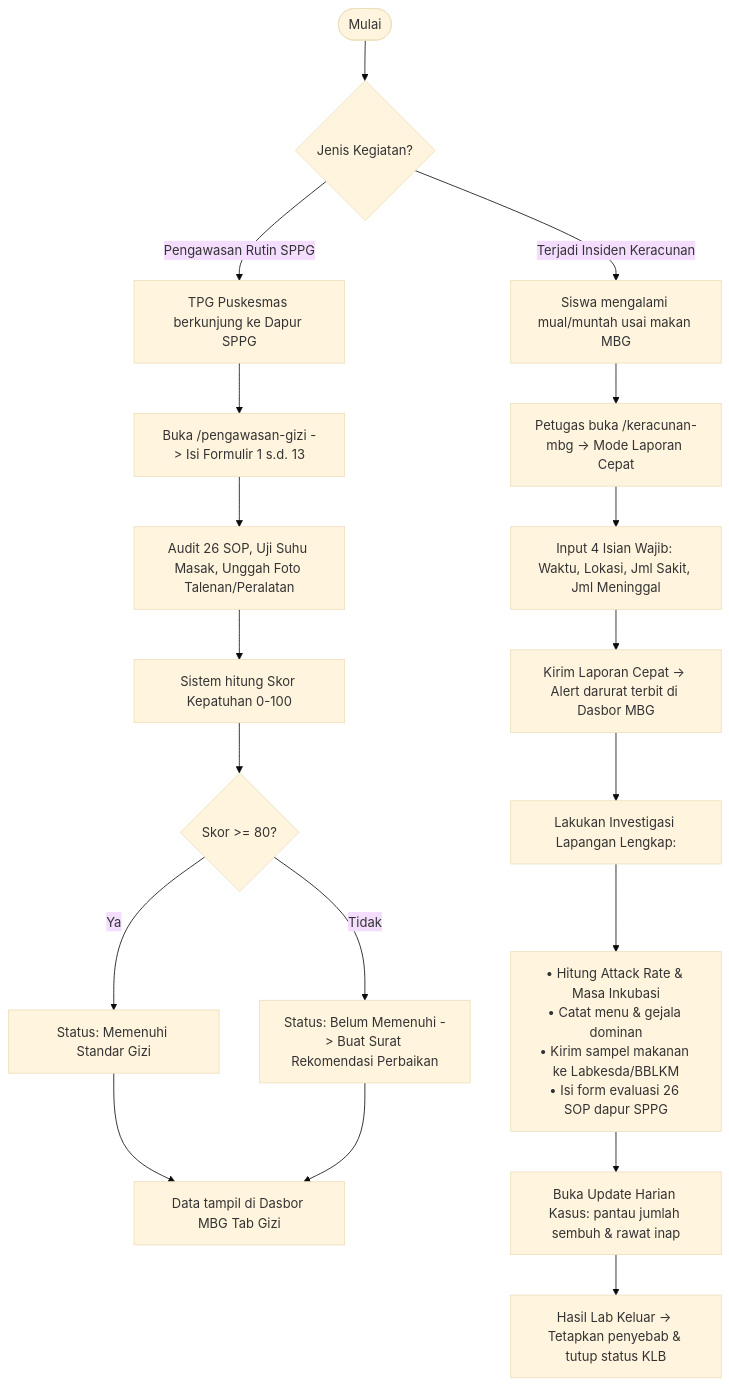
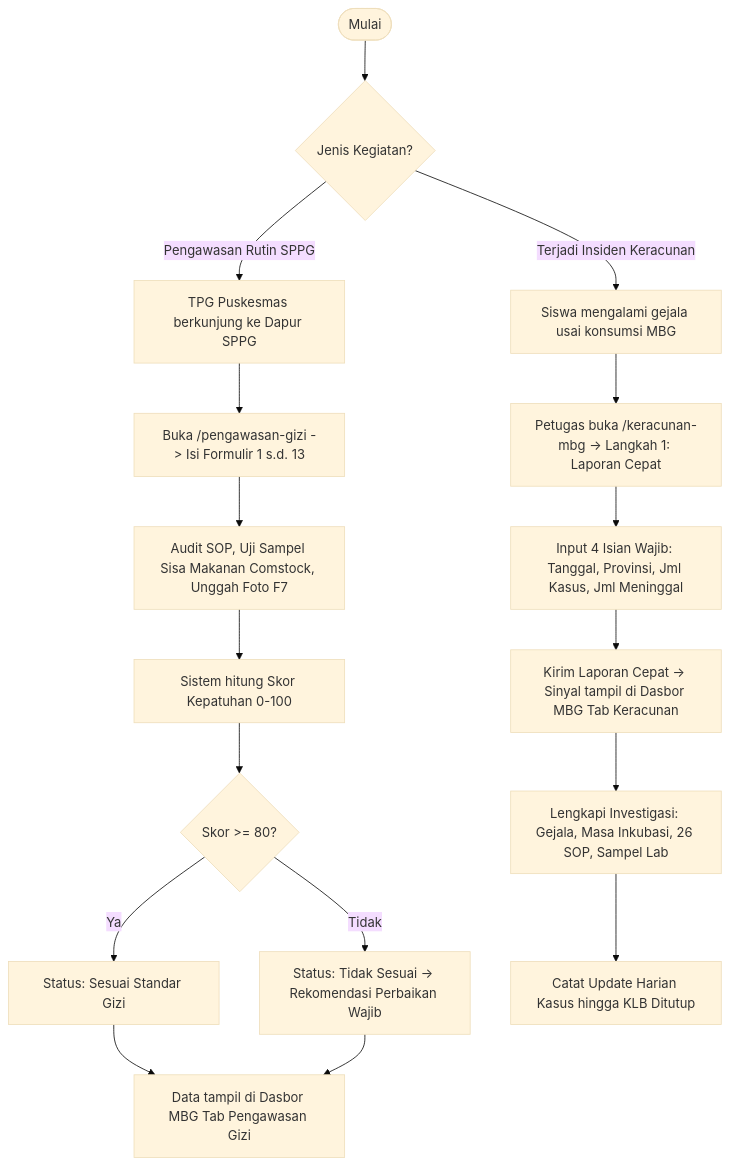
One commit to cuatiawww/skdr-indonesia changed the tenth of 12 diagrams in docs/BRD_SRS_FITUR_FORM_DAN_DASBOR.md. Above: the diagram before and after it, drawn with Mermaid (base theme). The commit also changed other lines of this file and 2 other files, not shown here.

Commit message:
docs(brd-srs): update BRD/SRS documentation to v1.1 matching current pages and spatial TV mode (PR 051)

````diff
--- a/docs/BRD_SRS_FITUR_FORM_DAN_DASBOR.md
+++ b/docs/BRD_SRS_FITUR_FORM_DAN_DASBOR.md
@@ -436,24 +458,20 @@
 ```mermaid
 flowchart TD
     Start([Mulai]) --> RoutineCheck{Jenis Kegiatan?}
     
-    %% Cabang Pengawasan Rutin
     RoutineCheck -- Pengawasan Rutin SPPG --> P1[TPG Puskesmas berkunjung ke Dapur SPPG]
     P1 --> P2[Buka /pengawasan-gizi -> Isi Formulir 1 s.d. 13]
-    P2 --> P3[Audit 26 SOP, Uji Suhu Masak, Unggah Foto Talenan/Peralatan]
+    P2 --> P3[Audit SOP, Uji Sampel Sisa Makanan Comstock, Unggah Foto F7]
     P3 --> P4[Sistem hitung Skor Kepatuhan 0-100]
     P4 --> P5{Skor >= 80?}
-    P5 -- Ya --> P6[Status: Memenuhi Standar Gizi]
-    P5 -- Tidak --> P7[Status: Belum Memenuhi -> Buat Surat Rekomendasi Perbaikan]
-    P6 & P7 --> P8[Data tampil di Dasbor MBG Tab Gizi]
+    P5 -- Ya --> P6[Status: Sesuai Standar Gizi]
+    P5 -- Tidak --> P7[Status: Tidak Sesuai -> Rekomendasi Perbaikan Wajib]
+    P6 & P7 --> P8[Data tampil di Dasbor MBG Tab Pengawasan Gizi]
     
-    %% Cabang Insiden Keracunan
-    RoutineCheck -- Terjadi Insiden Keracunan --> K1[Siswa mengalami mual/muntah usai makan MBG]
-    K1 --> K2[Petugas buka /keracunan-mbg -> Mode Laporan Cepat]
-    K2 --> K3[Input 4 Isian Wajib: Waktu, Lokasi, Jml Sakit, Jml Meninggal]
-    K3 --> K4[Kirim Laporan Cepat -> Alert darurat terbit di Dasbor MBG]
-    K4 --> K5[Lakukan Investigasi Lapangan Lengkap:]
-    K5 --> K5a[• Hitung Attack Rate & Masa Inkubasi\n• Catat menu & gejala dominan\n• Kirim sampel makanan ke Labkesda/BBLKM\n• Isi form evaluasi 26 SOP dapur SPPG]
-    K5a --> K6[Buka Update Harian Kasus: pantau jumlah sembuh & rawat inap]
-    K6 --> K7[Hasil Lab Keluar -> Tetapkan penyebab & tutup status KLB]
+    RoutineCheck -- Terjadi Insiden Keracunan --> K1[Siswa mengalami gejala usai konsumsi MBG]
+    K1 --> K2[Petugas buka /keracunan-mbg -> Langkah 1: Laporan Cepat]
+    K2 --> K3[Input 4 Isian Wajib: Tanggal, Provinsi, Jml Kasus, Jml Meninggal]
+    K3 --> K4[Kirim Laporan Cepat -> Sinyal tampil di Dasbor MBG Tab Keracunan]
+    K4 --> K5[Lengkapi Investigasi: Gejala, Masa Inkubasi, 26 SOP, Sampel Lab]
+    K5 --> K6[Catat Update Harian Kasus hingga KLB Ditutup]
 ```
````
